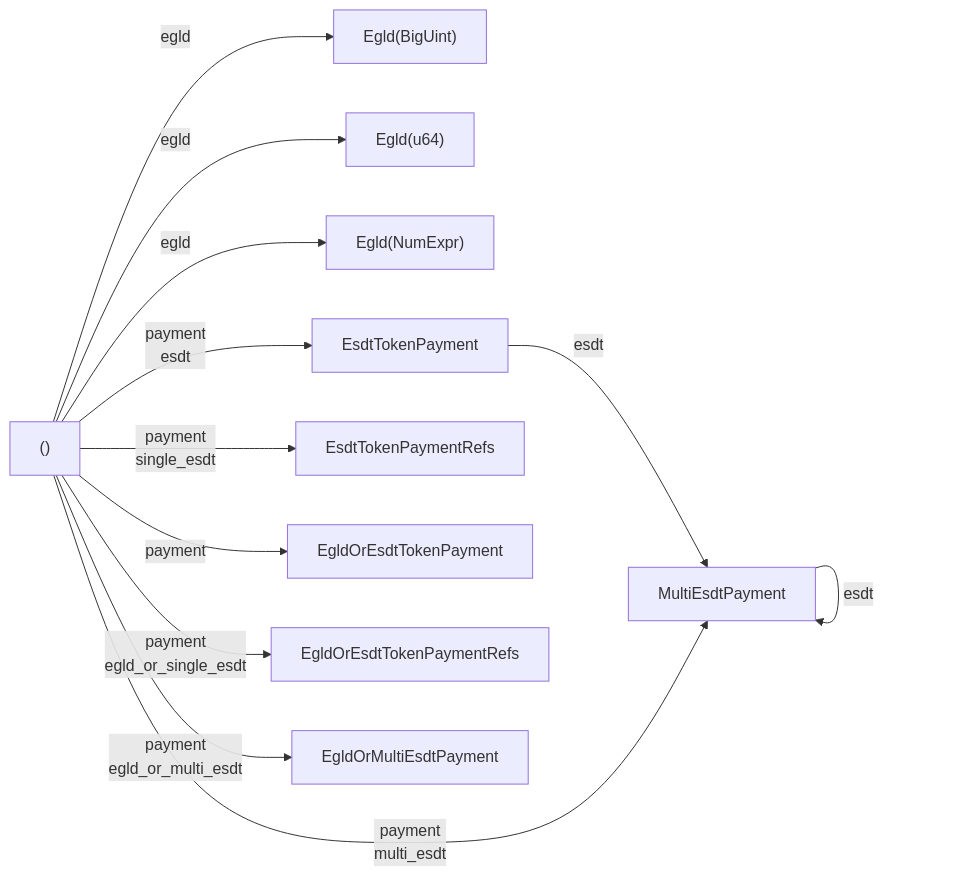
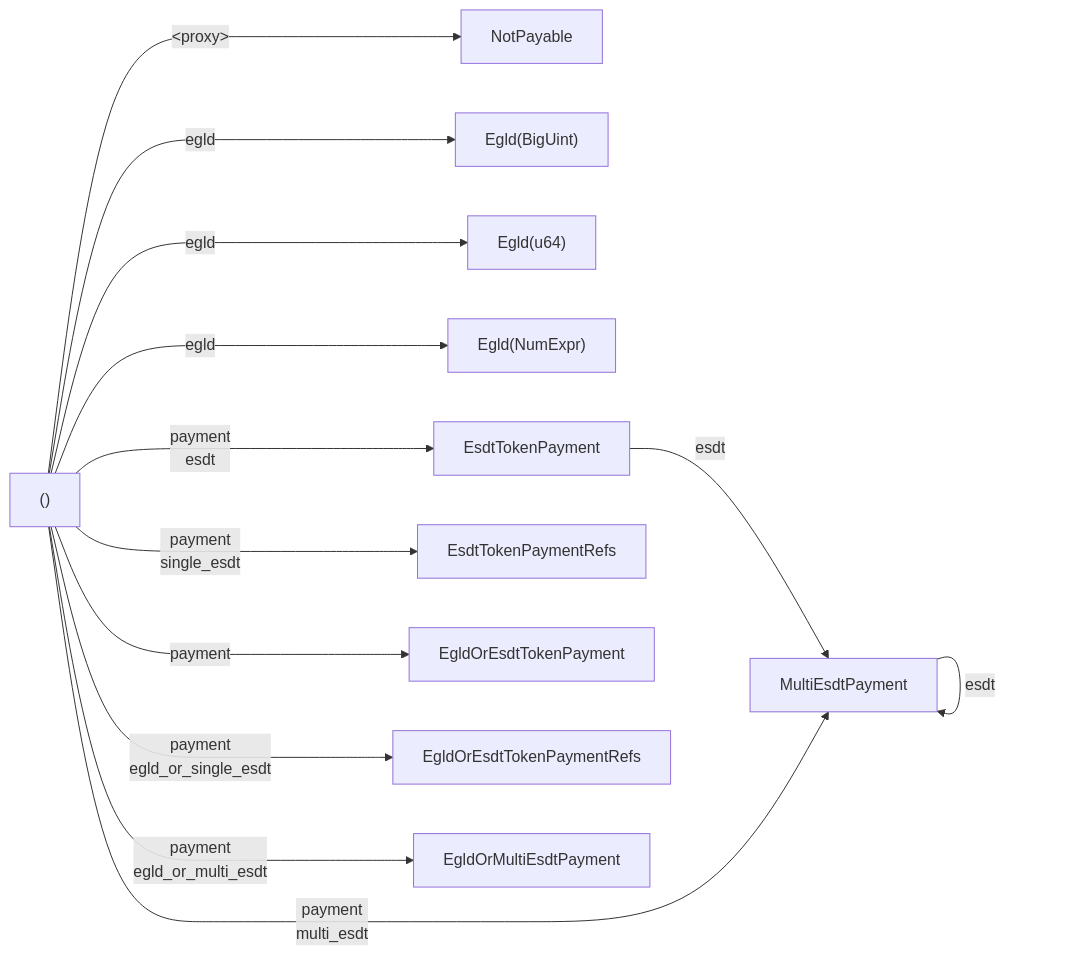
The first of 2 diagrams in docs/developers/transactions/tx-payment.md (multiversx/mx-docs), drawn with Mermaid before and after one commit. The commit also changed other lines of this file and 1 other file, not shown here.

Commit message:
unified syntax - more about NotPayable flag

````diff
--- a/docs/developers/transactions/tx-payment.md
+++ b/docs/developers/transactions/tx-payment.md
@@ -18,15 +18,16 @@
 ```mermaid
 graph LR
     payment-unit["()"]
-    payment-unit -->|egld| egld-biguint["Egld(BigUint)"]
-    payment-unit -->|egld| egld-u64["Egld(u64)"]
-    payment-unit -->|egld| egld-num["Egld(NumExpr)"]
-    payment-unit -->|"payment<br />esdt"| EsdtTokenPayment
-    payment-unit -->|"payment<br />single_esdt"| EsdtTokenPaymentRefs
+    payment-unit --->|"&lt;proxy&gt;"| not-payable["NotPayable"]
+    payment-unit --->|egld| egld-biguint["Egld(BigUint)"]
+    payment-unit --->|egld| egld-u64["Egld(u64)"]
+    payment-unit --->|egld| egld-num["Egld(NumExpr)"]
+    payment-unit --->|"payment<br />esdt"| EsdtTokenPayment
+    payment-unit --->|"payment<br />single_esdt"| EsdtTokenPaymentRefs
     EsdtTokenPayment -->|esdt| MultiEsdtPayment
     MultiEsdtPayment -->|esdt| MultiEsdtPayment
-    payment-unit -->|"payment<br >multi_esdt"| MultiEsdtPayment
-    payment-unit -->|"payment"| EgldOrEsdtTokenPayment
-    payment-unit -->|"payment<br />egld_or_single_esdt"| EgldOrEsdtTokenPaymentRefs
-    payment-unit -->|"payment<br />egld_or_multi_esdt"| EgldOrMultiEsdtPayment
+    payment-unit --->|"payment<br >multi_esdt"| MultiEsdtPayment
+    payment-unit --->|"payment"| EgldOrEsdtTokenPayment
+    payment-unit --->|"payment<br />egld_or_single_esdt"| EgldOrEsdtTokenPaymentRefs
+    payment-unit --->|"payment<br />egld_or_multi_esdt"| EgldOrMultiEsdtPayment
 ```
````
